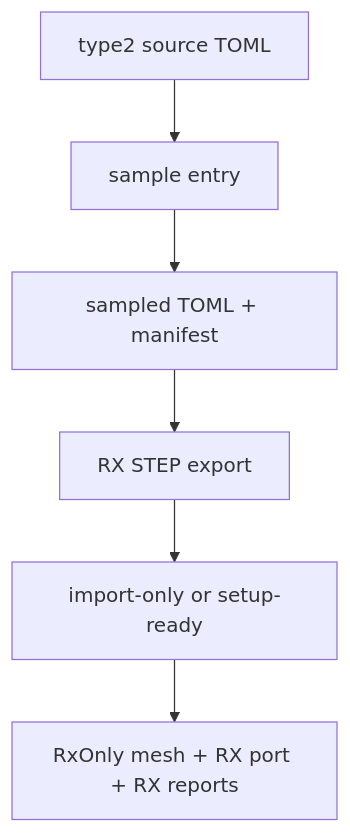
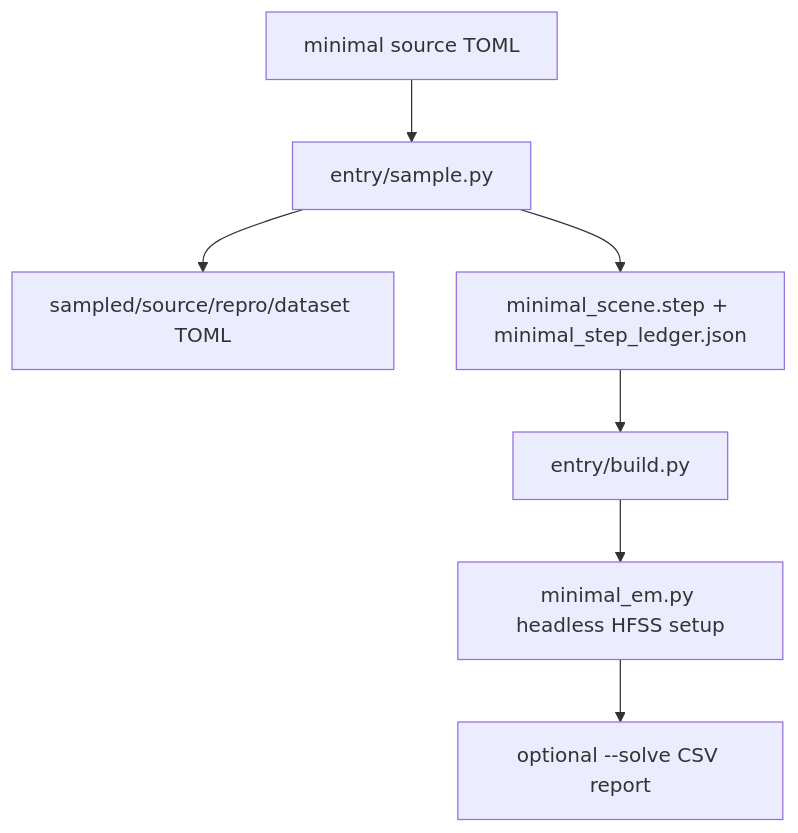
One commit to Glaysia/peetsfea changed the diagram in sdd/diagrams/sample-build-flow.md. Above: the diagram before and after it, drawn with Mermaid. The commit also changed other lines of this file and 428 other files, not shown here.

Commit message:
minimal: reset 0.3.0 two-port baseline

````diff
--- a/sdd/diagrams/sample-build-flow.md
+++ b/sdd/diagrams/sample-build-flow.md
@@ -12,15 +12,17 @@
 ```mermaid
 flowchart TD
-    Source["type2 source TOML"]
-    Sample["sample entry"]
-    Sampled["sampled TOML + manifest"]
-    Export["RX STEP export"]
-    Import["import-only or setup-ready"]
-    RxOnly["RxOnly mesh + RX port + RX reports"]
+    Source["minimal source TOML"]
+    Sample["entry/sample.py"]
+    Snapshots["sampled/source/repro/dataset TOML"]
+    Step["minimal_scene.step + minimal_step_ledger.json"]
+    Build["entry/build.py"]
+    Hfss["minimal_em.py headless HFSS setup"]
+    Solve["optional --solve CSV report"]
 
     Source --> Sample
-    Sample --> Sampled
-    Sampled --> Export
-    Export --> Import
-    Import --> RxOnly
+    Sample --> Snapshots
+    Sample --> Step
+    Step --> Build
+    Build --> Hfss
+    Hfss --> Solve
 ```
````
